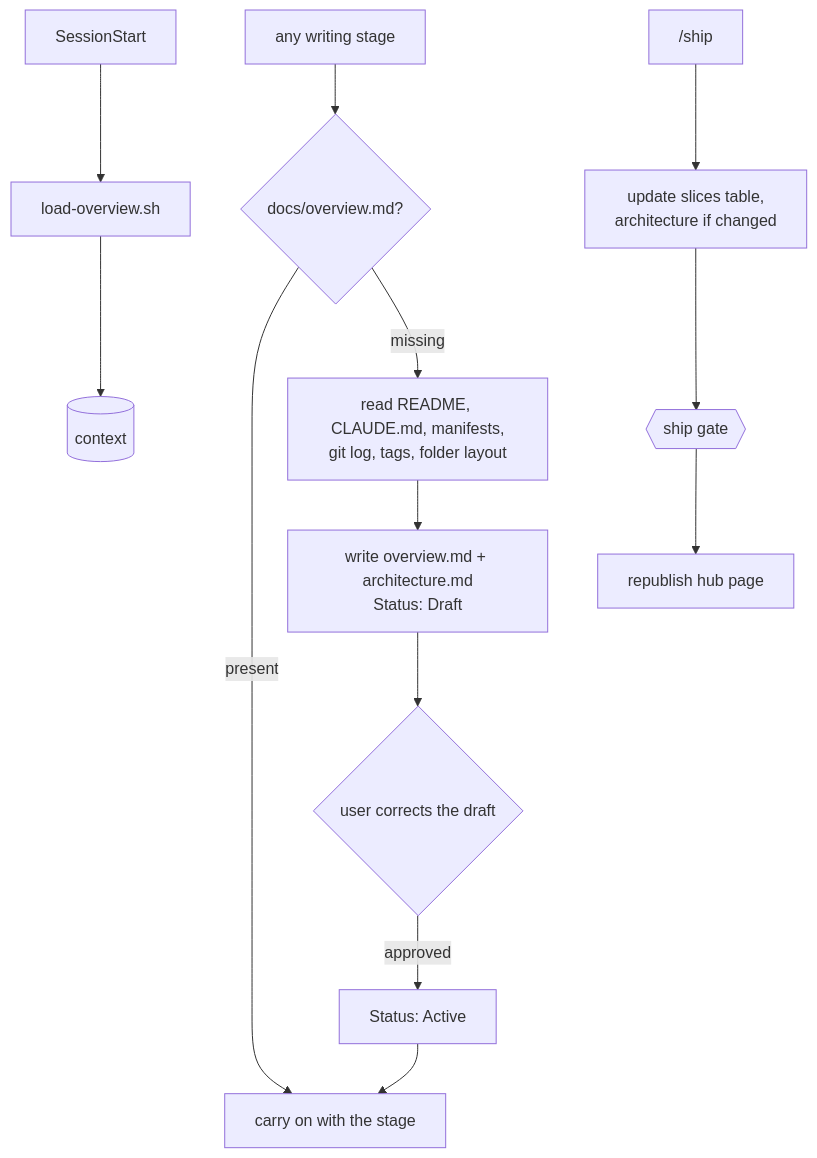
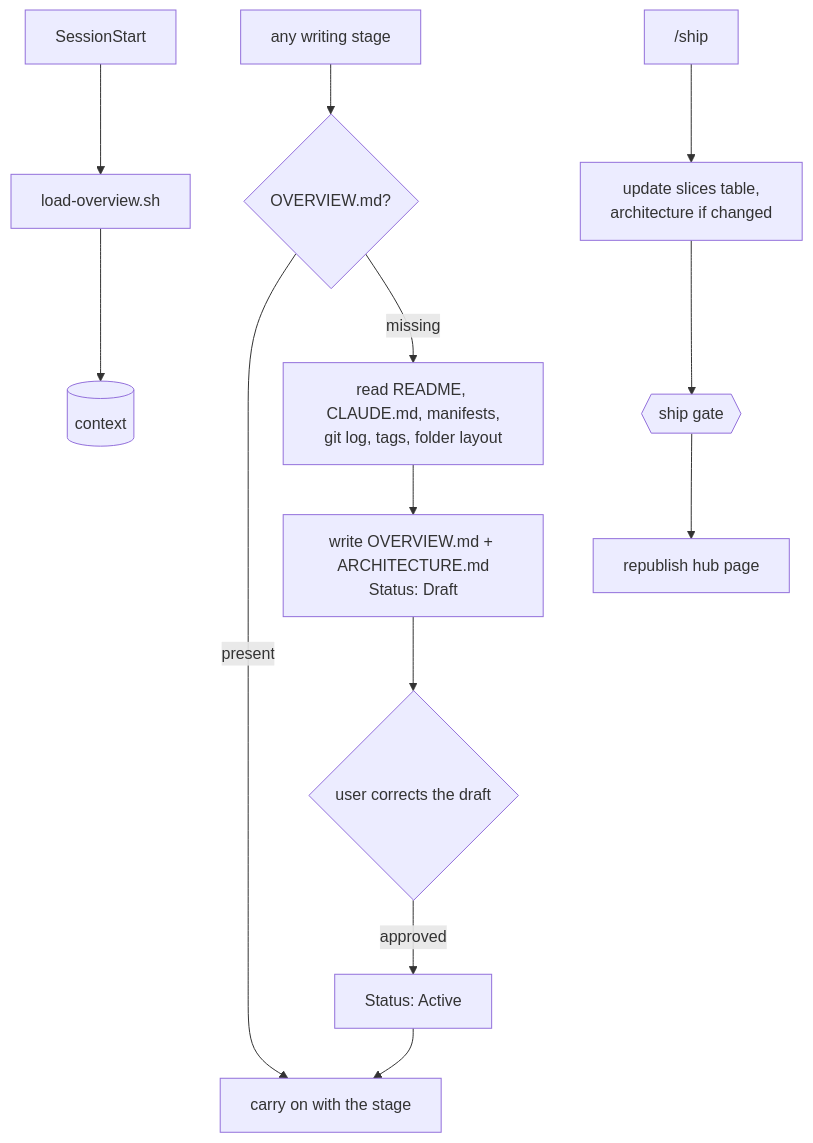
Before and after one commit to dzaffren/claude-plugin: the first of 4 diagrams in docs/specs/auto-onboard.md, drawn with Mermaid. The commit also changed other lines of this file and 3 other files, not shown here.

````diff
--- a/docs/specs/auto-onboard.md
+++ b/docs/specs/auto-onboard.md
@@ -35,11 +35,11 @@
 ```mermaid
 flowchart TD
-    ST[any writing stage] --> Q{"docs/overview.md?"}
+    ST[any writing stage] --> Q{"OVERVIEW.md?"}
     Q -- present --> GO[carry on with the stage]
     Q -- missing --> R[read README, CLAUDE.md, manifests,<br/>git log, tags, folder layout]
-    R --> W[write overview.md + architecture.md<br/>Status: Draft]
+    R --> W[write OVERVIEW.md + ARCHITECTURE.md<br/>Status: Draft]
     W --> U{"user corrects the draft"}
     U -- approved --> A[Status: Active] --> GO
     SS[SessionStart] --> L[load-overview.sh] --> C[(context)]
     SH["/ship"] --> T[update slices table,<br/>architecture if changed] --> G{{ship gate}} --> P[republish hub page]
 ```
````
